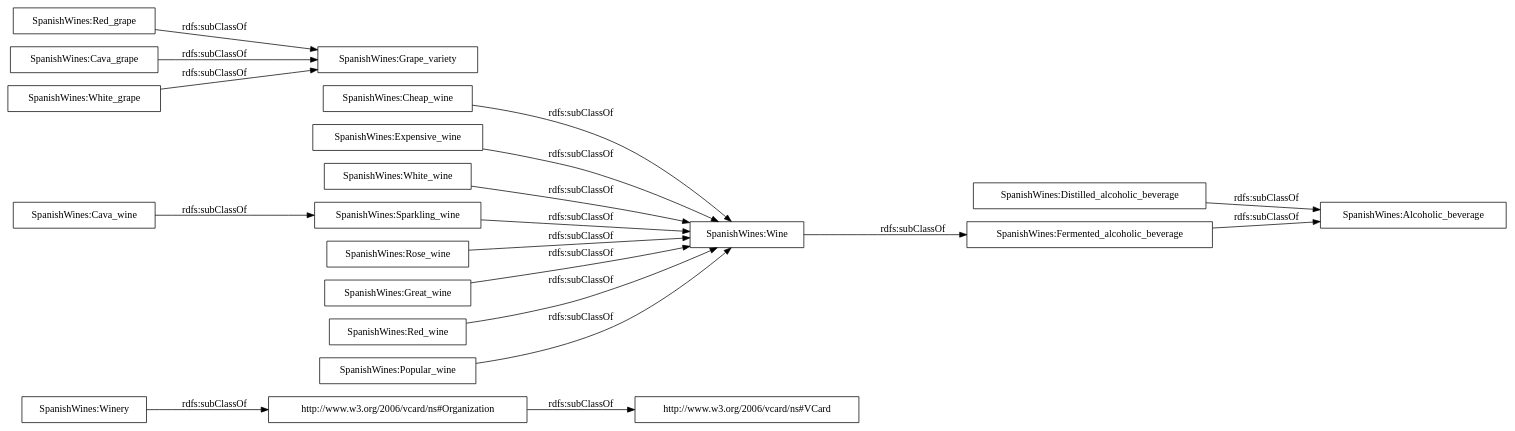
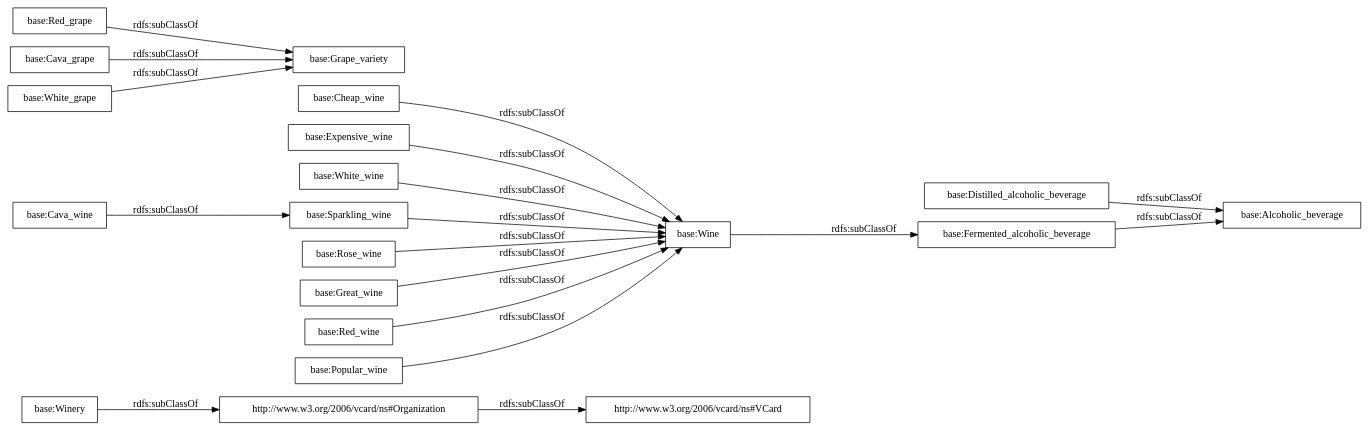
One commit to ecolomev/SpanishWines changed the diagram in OnToology/SpanishWines.rdf/diagrams/ar2dtool-taxonomy/SpanishWines.rdf.png.dot. Above: the diagram before and after it, drawn with Graphviz. The commit also changed 10 other files, not shown here.

```diff
--- a/OnToology/SpanishWines.rdf/diagrams/ar2dtool-taxonomy/SpanishWines.rdf.png.dot
+++ b/OnToology/SpanishWines.rdf/diagrams/ar2dtool-taxonomy/SpanishWines.rdf.png.dot
@@ -1,23 +1,23 @@
 digraph ar2dtool_diagram { 
 rankdir=LR;
 size="1000"
-node [shape = rectangle, color="black"]; "http://www.w3.org/2006/vcard/ns#VCard" "SpanishWines:Winery" "SpanishWines:Distilled_alcoholic_beverage" "SpanishWines:Fermented_alcoholic_beverage" "SpanishWines:Red_grape" "SpanishWines:Cheap_wine" "SpanishWines:Expensive_wine" "SpanishWines:Cava_grape" "SpanishWines:Alcoholic_beverage" "SpanishWines:White_wine" "SpanishWines:Sparkling_wine" "SpanishWines:Rose_wine" "SpanishWines:White_grape" "SpanishWines:Grape_variety" "SpanishWines:Great_wine" "SpanishWines:Wine" "http://www.w3.org/2006/vcard/ns#Organization" "SpanishWines:Cava_wine" "SpanishWines:Red_wine" "SpanishWines:Popular_wine" ; /*classes style*/
-	"SpanishWines:Popular_wine" -> "SpanishWines:Wine" [ label = "rdfs:subClassOf" ];
-	"SpanishWines:Sparkling_wine" -> "SpanishWines:Wine" [ label = "rdfs:subClassOf" ];
-	"SpanishWines:White_grape" -> "SpanishWines:Grape_variety" [ label = "rdfs:subClassOf" ];
-	"SpanishWines:Rose_wine" -> "SpanishWines:Wine" [ label = "rdfs:subClassOf" ];
-	"SpanishWines:Red_wine" -> "SpanishWines:Wine" [ label = "rdfs:subClassOf" ];
+node [shape = rectangle, color="black"]; "http://www.w3.org/2006/vcard/ns#VCard" "base:Winery" "base:Distilled_alcoholic_beverage" "base:Fermented_alcoholic_beverage" "base:Red_grape" "base:Cheap_wine" "base:Expensive_wine" "base:Cava_grape" "base:Alcoholic_beverage" "base:White_wine" "base:Sparkling_wine" "base:Rose_wine" "base:White_grape" "base:Grape_variety" "base:Great_wine" "base:Wine" "http://www.w3.org/2006/vcard/ns#Organization" "base:Cava_wine" "base:Red_wine" "base:Popular_wine" ; /*classes style*/
+	"base:Popular_wine" -> "base:Wine" [ label = "rdfs:subClassOf" ];
+	"base:Sparkling_wine" -> "base:Wine" [ label = "rdfs:subClassOf" ];
+	"base:White_grape" -> "base:Grape_variety" [ label = "rdfs:subClassOf" ];
+	"base:Rose_wine" -> "base:Wine" [ label = "rdfs:subClassOf" ];
+	"base:Red_wine" -> "base:Wine" [ label = "rdfs:subClassOf" ];
 	"http://www.w3.org/2006/vcard/ns#Organization" -> "http://www.w3.org/2006/vcard/ns#VCard" [ label = "rdfs:subClassOf" ];
-	"SpanishWines:Wine" -> "SpanishWines:Fermented_alcoholic_beverage" [ label = "rdfs:subClassOf" ];
-	"SpanishWines:Great_wine" -> "SpanishWines:Wine" [ label = "rdfs:subClassOf" ];
-	"SpanishWines:Fermented_alcoholic_beverage" -> "SpanishWines:Alcoholic_beverage" [ label = "rdfs:subClassOf" ];
-	"SpanishWines:Red_grape" -> "SpanishWines:Grape_variety" [ label = "rdfs:subClassOf" ];
-	"SpanishWines:Cheap_wine" -> "SpanishWines:Wine" [ label = "rdfs:subClassOf" ];
-	"SpanishWines:Distilled_alcoholic_beverage" -> "SpanishWines:Alcoholic_beverage" [ label = "rdfs:subClassOf" ];
-	"SpanishWines:Winery" -> "http://www.w3.org/2006/vcard/ns#Organization" [ label = "rdfs:subClassOf" ];
-	"SpanishWines:Cava_wine" -> "SpanishWines:Sparkling_wine" [ label = "rdfs:subClassOf" ];
-	"SpanishWines:White_wine" -> "SpanishWines:Wine" [ label = "rdfs:subClassOf" ];
-	"SpanishWines:Cava_grape" -> "SpanishWines:Grape_variety" [ label = "rdfs:subClassOf" ];
-	"SpanishWines:Expensive_wine" -> "SpanishWines:Wine" [ label = "rdfs:subClassOf" ];
+	"base:Wine" -> "base:Fermented_alcoholic_beverage" [ label = "rdfs:subClassOf" ];
+	"base:Great_wine" -> "base:Wine" [ label = "rdfs:subClassOf" ];
+	"base:Fermented_alcoholic_beverage" -> "base:Alcoholic_beverage" [ label = "rdfs:subClassOf" ];
+	"base:Red_grape" -> "base:Grape_variety" [ label = "rdfs:subClassOf" ];
+	"base:Cheap_wine" -> "base:Wine" [ label = "rdfs:subClassOf" ];
+	"base:Distilled_alcoholic_beverage" -> "base:Alcoholic_beverage" [ label = "rdfs:subClassOf" ];
+	"base:Winery" -> "http://www.w3.org/2006/vcard/ns#Organization" [ label = "rdfs:subClassOf" ];
+	"base:Cava_wine" -> "base:Sparkling_wine" [ label = "rdfs:subClassOf" ];
+	"base:White_wine" -> "base:Wine" [ label = "rdfs:subClassOf" ];
+	"base:Cava_grape" -> "base:Grape_variety" [ label = "rdfs:subClassOf" ];
+	"base:Expensive_wine" -> "base:Wine" [ label = "rdfs:subClassOf" ];
 
 }
```
